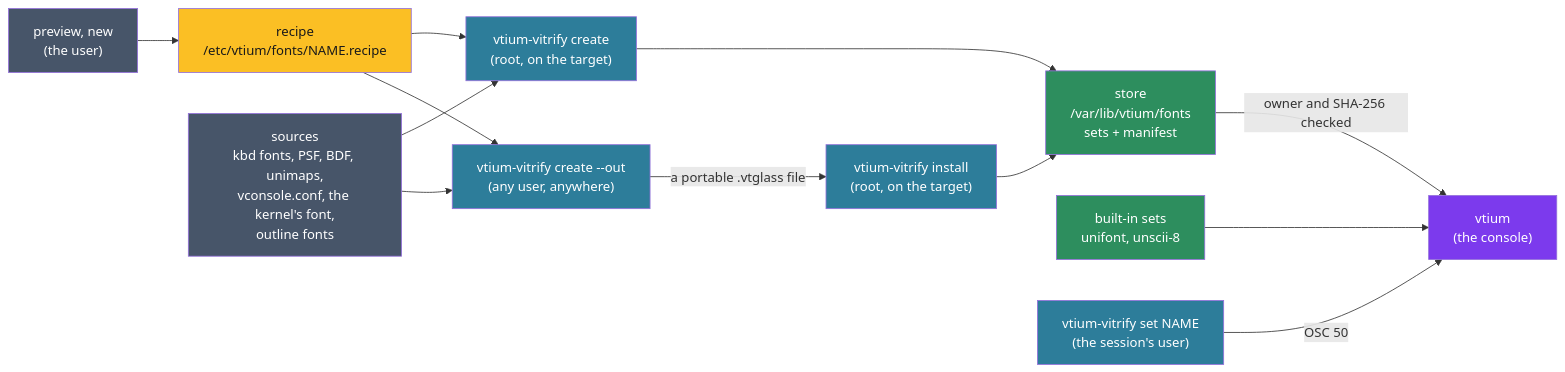
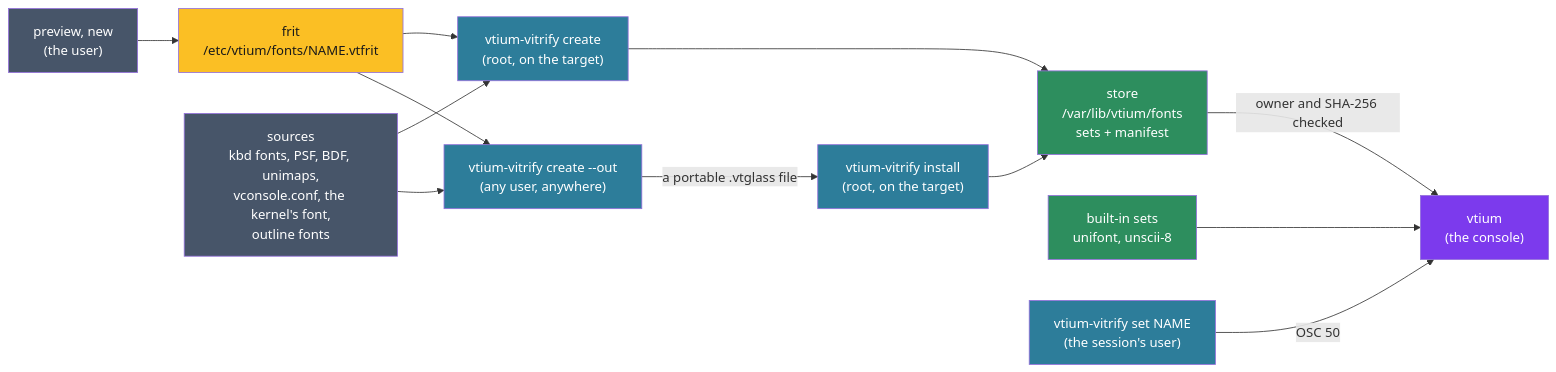
Before and after one commit to vtium/vtium: the diagram in docs/architecture/font/ADR-1200-fonts-reach-the-console-as-vitrified-sets-from-a-root-owned-store.md, drawn with Mermaid. The commit also changed other lines of this file and 2 other files, not shown here.

First line of the commit message:
docs(font): a recipe is now a frit, NAME.vtfrit

````diff
--- a/docs/architecture/font/ADR-1200-fonts-reach-the-console-as-vitrified-sets-from-a-root-owned-store.md
+++ b/docs/architecture/font/ADR-1200-fonts-reach-the-console-as-vitrified-sets-from-a-root-owned-store.md
@@ -167,24 +167,24 @@
 ```mermaid
 flowchart LR
     P["preview, new<br>(the user)"] --> R
-    R["recipe<br>/etc/vtium/fonts/NAME.recipe"] --> C
+    R["frit<br>/etc/vtium/fonts/NAME.vtfrit"] --> C
     S["sources<br>kbd fonts, PSF, BDF, unimaps,<br>vconsole.conf, the kernel's font,<br>outline fonts"] --> C
     S --> O
     R --> O["vtium-vitrify create --out<br>(any user, anywhere)"]
     O -->|"a portable .vtglass file"| I["vtium-vitrify install<br>(root, on the target)"]
     C["vtium-vitrify create<br>(root, on the target)"] --> ST["store<br>/var/lib/vtium/fonts<br>sets + manifest"]
     I --> ST
     ST -->|"owner and SHA-256 checked"| V["vtium<br>(the console)"]
     B["built-in sets<br>unifont, unscii-8"] --> V
     U["vtium-vitrify set NAME<br>(the session's user)"] -->|"OSC 50"| V
     style C fill:#2d7d9a,color:#ffffff
     style O fill:#2d7d9a,color:#ffffff
     style I fill:#2d7d9a,color:#ffffff
     style V fill:#7c3aed,color:#ffffff
     style ST fill:#2d8e5e,color:#ffffff
     style B fill:#2d8e5e,color:#ffffff
     style R fill:#fbbf24,color:#1a1a1a
     style S fill:#475569,color:#ffffff
     style P fill:#475569,color:#ffffff
     style U fill:#2d7d9a,color:#ffffff
 ```
````
